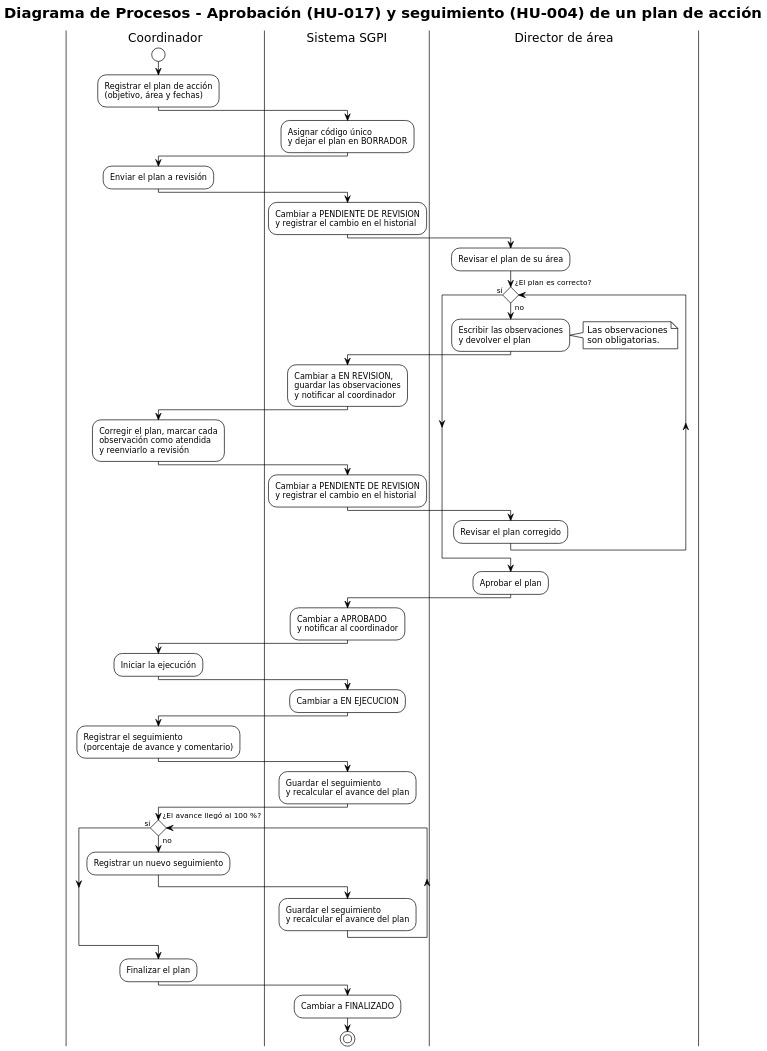
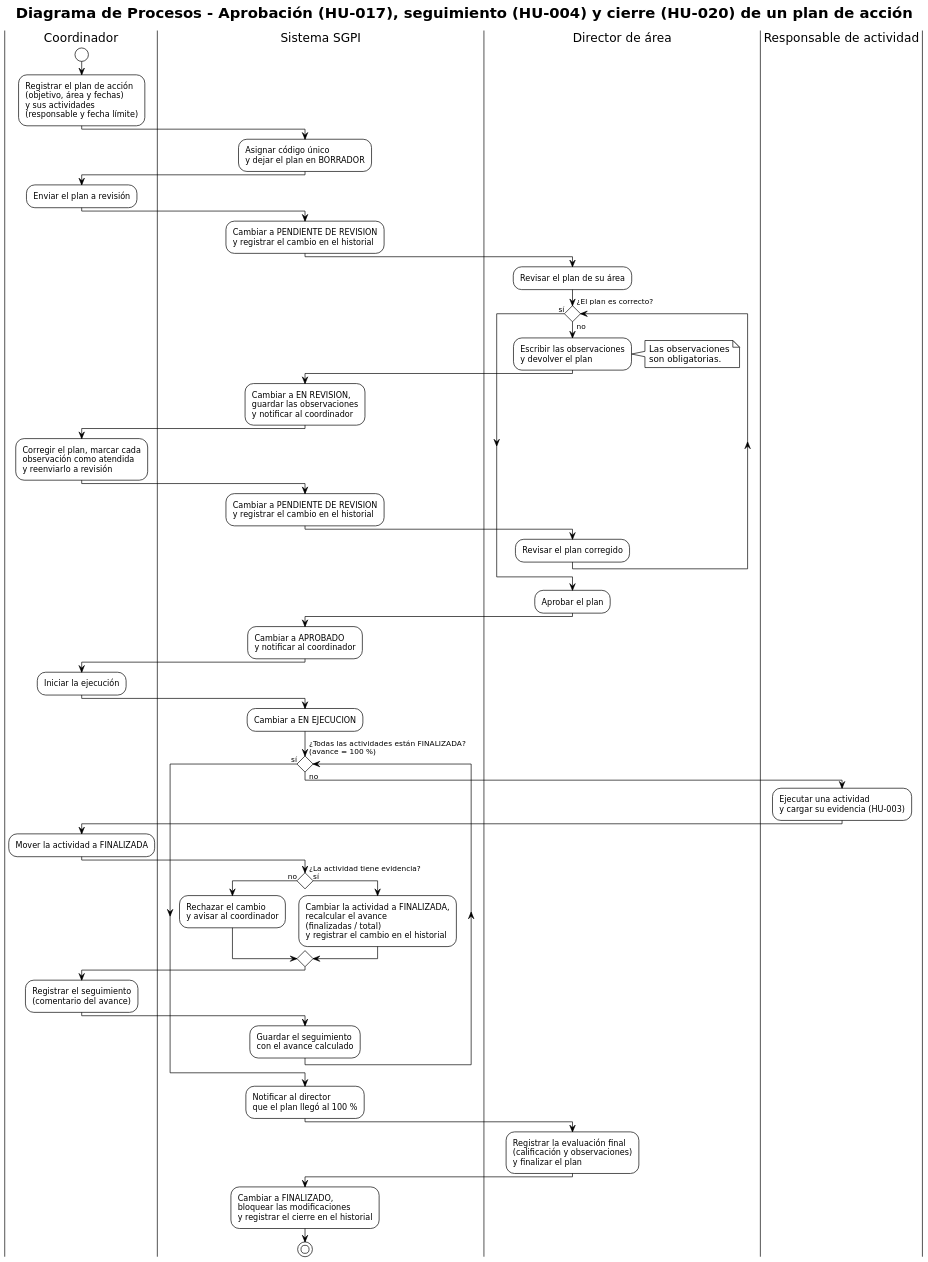
The diagram in Graficas/fuentes/diagrama-procesos-hu017.puml (Raze144hz/Proyecto-FIDSW), drawn with PlantUML before and after one commit. The commit also changed 2 other files, not shown here.

```diff
--- a/Graficas/fuentes/diagrama-procesos-hu017.puml
+++ b/Graficas/fuentes/diagrama-procesos-hu017.puml
@@ -1,71 +1,88 @@
 @startuml diagrama-procesos-hu017
-' Diagrama de procesos de HU-017 y HU-004: aprobación y seguimiento de un plan de acción.
+' Diagrama de procesos de HU-017, HU-004 y HU-020: aprobación, seguimiento y cierre de un plan de acción.
 ' Para generar la imagen, desde la carpeta Graficas: java -jar plantuml.jar -tpng -o .. fuentes/diagrama-procesos-hu017.puml
 !theme plain
 skinparam defaultFontName DejaVu Sans
 skinparam shadowing false
 skinparam dpi 150
 skinparam conditionStyle diamond
 
-title Diagrama de Procesos - Aprobación (HU-017) y seguimiento (HU-004) de un plan de acción
+title Diagrama de Procesos - Aprobación (HU-017), seguimiento (HU-004) y cierre (HU-020) de un plan de acción
 
 |Coordinador|
 start
 :Registrar el plan de acción
-(objetivo, área y fechas);
+(objetivo, área y fechas)
+y sus actividades
+(responsable y fecha límite);
 |Sistema SGPI|
 :Asignar código único
 y dejar el plan en BORRADOR;
 |Coordinador|
 :Enviar el plan a revisión;
 |Sistema SGPI|
 :Cambiar a PENDIENTE DE REVISION
 y registrar el cambio en el historial;
 |Director de área|
 :Revisar el plan de su área;
 while (¿El plan es correcto?) is (no)
   :Escribir las observaciones
   y devolver el plan;
   note right: Las observaciones\nson obligatorias.
   |Sistema SGPI|
   :Cambiar a EN REVISION,
   guardar las observaciones
   y notificar al coordinador;
   |Coordinador|
   :Corregir el plan, marcar cada
   observación como atendida
   y reenviarlo a revisión;
   |Sistema SGPI|
   :Cambiar a PENDIENTE DE REVISION
   y registrar el cambio en el historial;
   |Director de área|
   :Revisar el plan corregido;
 endwhile (sí)
 :Aprobar el plan;
 |Sistema SGPI|
 :Cambiar a APROBADO
 y notificar al coordinador;
 |Coordinador|
 :Iniciar la ejecución;
 |Sistema SGPI|
 :Cambiar a EN EJECUCION;
-|Coordinador|
-:Registrar el seguimiento
-(porcentaje de avance y comentario);
-|Sistema SGPI|
-:Guardar el seguimiento
-y recalcular el avance del plan;
-|Coordinador|
-while (¿El avance llegó al 100 %?) is (no)
+while (¿Todas las actividades están FINALIZADA?\n(avance = 100 %)) is (no)
+  |Responsable de actividad|
+  :Ejecutar una actividad
+  y cargar su evidencia (HU-003);
   |Coordinador|
-  :Registrar un nuevo seguimiento;
+  :Mover la actividad a FINALIZADA;
+  |Sistema SGPI|
+  if (¿La actividad tiene evidencia?) then (no)
+    :Rechazar el cambio
+    y avisar al coordinador;
+  else (sí)
+    :Cambiar la actividad a FINALIZADA,
+    recalcular el avance
+    (finalizadas / total)
+    y registrar el cambio en el historial;
+  endif
+  |Coordinador|
+  :Registrar el seguimiento
+  (comentario del avance);
   |Sistema SGPI|
   :Guardar el seguimiento
-  y recalcular el avance del plan;
+  con el avance calculado;
 endwhile (sí)
-|Coordinador|
-:Finalizar el plan;
+:Notificar al director
+que el plan llegó al 100 %;
+|Director de área|
+:Registrar la evaluación final
+(calificación y observaciones)
+y finalizar el plan;
 |Sistema SGPI|
-:Cambiar a FINALIZADO;
+:Cambiar a FINALIZADO,
+bloquear las modificaciones
+y registrar el cierre en el historial;
 stop
 @enduml
```
